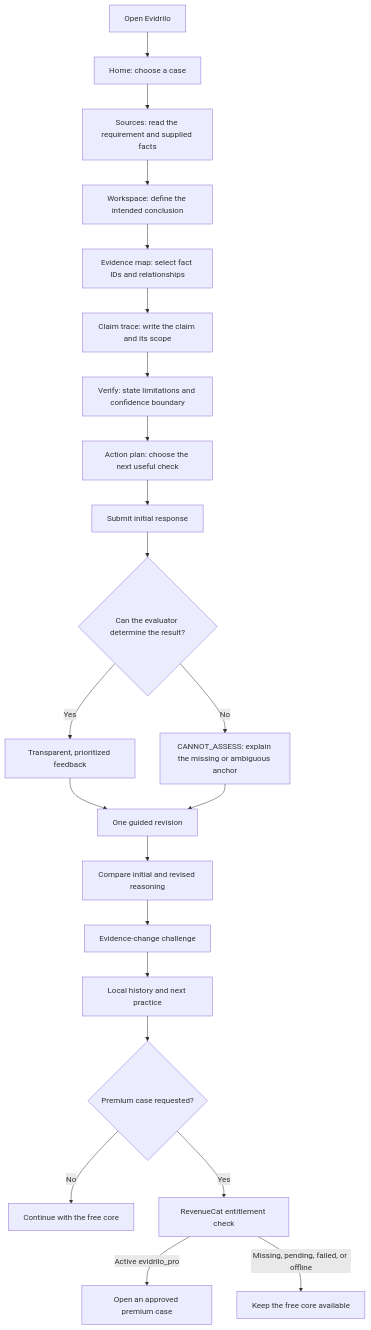
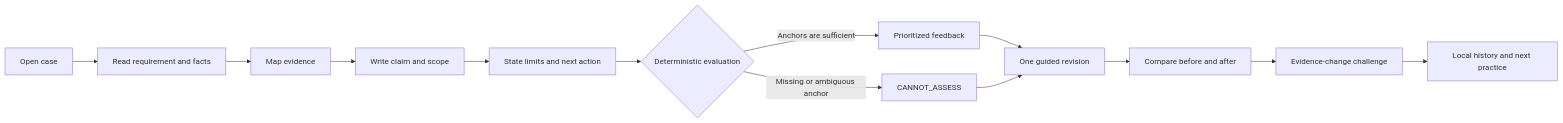
Before and after one commit to AndroLay/evidrilo: the first of 2 diagrams in README.md, drawn with Mermaid. The commit also changed other lines of this file, not shown here.

````diff
--- a/README.md
+++ b/README.md
@@ -114,24 +63,15 @@
-```mermaid
-flowchart TD
-    A[Open Evidrilo] --> B[Home: choose a case]
-    B --> C[Sources: read the requirement and supplied facts]
-    C --> D[Workspace: define the intended conclusion]
-    D --> E[Evidence map: select fact IDs and relationships]
-    E --> F[Claim trace: write the claim and its scope]
-    F --> G[Verify: state limitations and confidence boundary]
-    G --> H[Action plan: choose the next useful check]
-    H --> I[Submit initial response]
-    I --> J{Can the evaluator determine the result?}
-    J -->|Yes| K[Transparent, prioritized feedback]
-    J -->|No| L[CANNOT_ASSESS: explain the missing or ambiguous anchor]
-    K --> M[One guided revision]
-    L --> M
-    M --> N[Compare initial and revised reasoning]
-    N --> O[Evidence-change challenge]
-    O --> P[Local history and next practice]
-    P --> Q{Premium case requested?}
-    Q -->|No| R[Continue with the free core]
-    Q -->|Yes| S[RevenueCat entitlement check]
-    S -->|Active evidrilo_pro| T[Open an approved premium case]
-    S -->|Missing, pending, failed, or offline| U[Keep the free core available]
-```
+~~~mermaid
+flowchart LR
+    A[Open case] --> B[Read requirement and facts]
+    B --> C[Map evidence]
+    C --> D[Write claim and scope]
+    D --> E[State limits and next action]
+    E --> F{Deterministic evaluation}
+    F -->|Anchors are sufficient| G[Prioritized feedback]
+    F -->|Missing or ambiguous anchor| H[CANNOT_ASSESS]
+    G --> I[One guided revision]
+    H --> I
+    I --> J[Compare before and after]
+    J --> K[Evidence-change challenge]
+    K --> L[Local history and next practice]
+~~~
````
